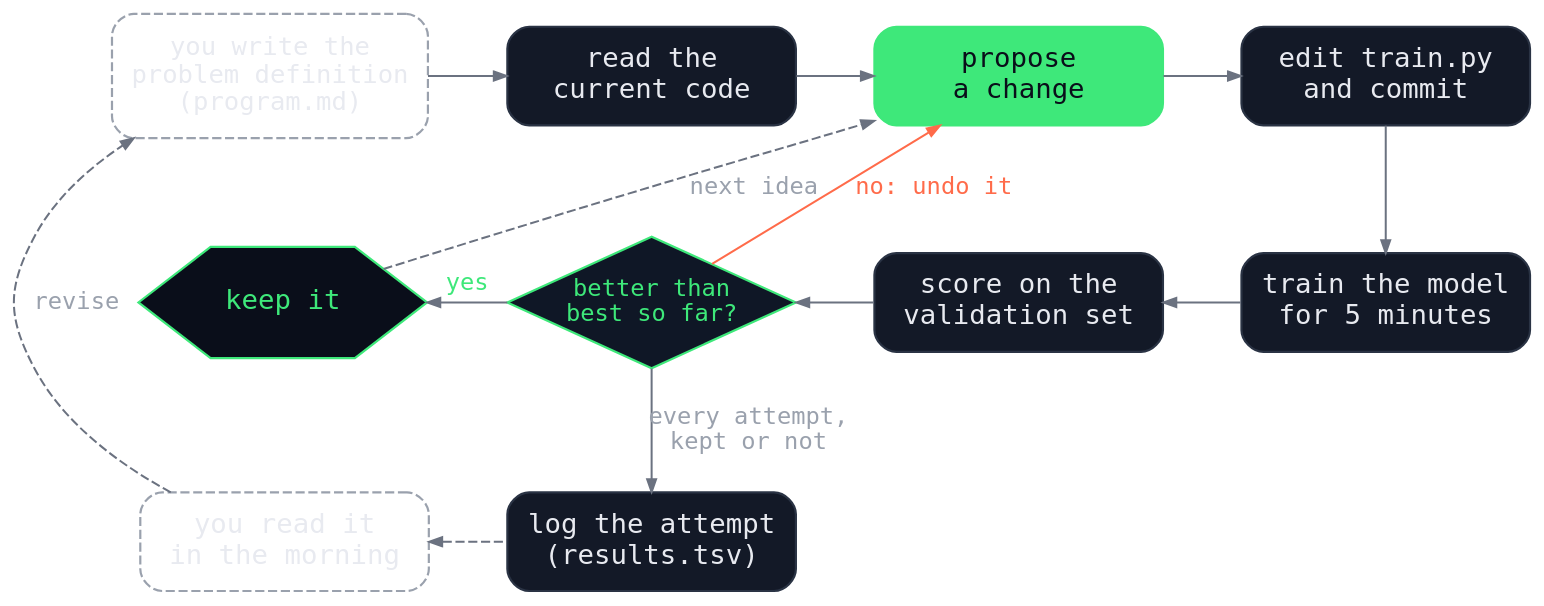
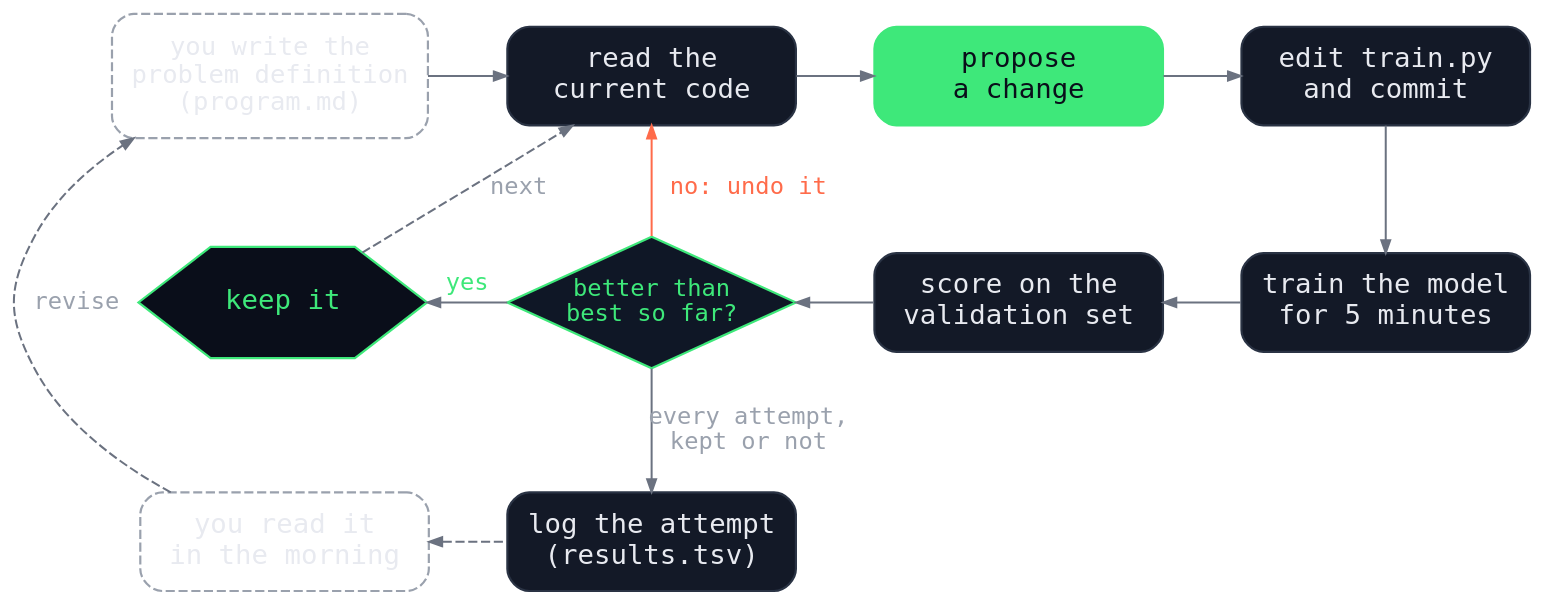
The diagram in src/posts/ai-scientist/autoresearch-loop.dot (marketneutral/marketneutral.github.io), drawn with Graphviz before and after one commit. The commit also changed 2 other files, not shown here.

Commit message:
Return both loop outcomes to reading the current code
Each experiment starts from the current state of train.py, which after an
undo is the previous best, so both arrows go back to that step.

Claude-Session: https://claude.ai/code/session_01Max3RMphtE2c6Ae5fz2Jar

```diff
--- a/src/posts/ai-scientist/autoresearch-loop.dot
+++ b/src/posts/ai-scientist/autoresearch-loop.dot
@@ -1,62 +1,64 @@
 // Source for autoresearch-loop.svg. Re-render with:
 //   dot -Tsvg autoresearch-loop.dot -o autoresearch-loop.svg
-// Deliberately mirrors scientific-method.dot: the same two-row layout, with
-// each step relabelled as the step autoresearch runs in its place, and the
-// hypothesis slot filled in to mark the step handed to the model. A third row
+// Mirrors scientific-method.dot: the same two-row layout, with each step
+// relabelled as the step autoresearch runs in its place, and the hypothesis
+// slot filled in to mark the step handed to the model. Unlike the scientific
+// method, both outcomes return to reading the code, because each experiment
+// starts from the current state of train.py (program.md, loop step 1). A third row
 // adds the log. Every step is the agent's unless it says "you".
 digraph autoresearch {
   rankdir=TB;
   bgcolor="transparent";
   pad=0.25;
   nodesep=0.30;
   ranksep=0.55;
   fontname="IBM Plex Mono, Menlo, DejaVu Sans Mono, monospace";
   node [shape=box, style="rounded,filled", fillcolor="#131927", color="#2a3344",
         fontcolor="#e8eaf0", fontname="IBM Plex Mono, Menlo, DejaVu Sans Mono, monospace",
         fontsize=15, margin="0.10,0.14", penwidth=1.2, width=2.2, height=0.75, fixedsize=true];
   edge [color="#6b7280", arrowsize=0.7, penwidth=1.1,
         fontname="IBM Plex Mono, Menlo, DejaVu Sans Mono, monospace",
         fontsize=13, fontcolor="#9aa1ad"];
 
   PM   [label="you write the\nproblem definition\n(program.md)", style="rounded,dashed", color="#9aa1ad", width=2.4, height=0.95, fontsize=14];
   READ [label="read the\ncurrent code"];
   H    [label="propose\na change", fillcolor="#3ee87a", color="#3ee87a", fontcolor="#0a0e1a"];
   P    [label="edit train.py\nand commit"];
   T    [label="keep it", shape=hexagon, style="filled", fillcolor="#0a0e1a",
         color="#3ee87a", fontcolor="#3ee87a", margin="0.04,0.02", width=2.2, height=0.85, fixedsize=true];
   D    [shape=diamond, style="filled", fillcolor="#0f1726", color="#3ee87a",
         fontcolor="#3ee87a", label="better than\nbest so far?", margin="0.04,0.02", fontsize=13, width=2.2, height=1.0, fixedsize=true];
   R    [label="score on the\nvalidation set"];
   X    [label="train the model\nfor 5 minutes"];
   YOU  [label="you read it\nin the morning", style="rounded,dashed", color="#9aa1ad"];
   LOG  [label="log the attempt\n(results.tsv)"];
 
   { rank=same; PM; READ; H; P; }
   { rank=same; T; D; R; X; }
   { rank=same; YOU; LOG; }
 
   // Flat edges fix left-to-right order within a row: the tail goes left of
   // the head. Rows that read right to left use dir=back.
   // top row, left to right
   PM -> READ;
   READ -> H;
   H -> P;
 
   // carriage return
   P -> X;
 
   // bottom row, right to left
   R -> X [dir=back];
   D -> R [dir=back];
   T -> D [dir=back, label="yes", fontcolor="#3ee87a"];
 
   // feedback
-  T -> H [style=dashed, label="next idea", constraint=false, fontcolor="#9aa1ad"];
-  D -> H [label="no: undo it", constraint=false, color="#ff6b4a", fontcolor="#ff6b4a"];
+  T -> READ [style=dashed, label="next  ", constraint=false, fontcolor="#9aa1ad"];
+  D -> READ [label="  no: undo it", constraint=false, color="#ff6b4a", fontcolor="#ff6b4a"];
 
   // third row: every attempt, kept or not, goes in the log, which you read
   D -> LOG [label="every attempt,\nkept or not"];
   YOU -> LOG [dir=back, style=dashed];
   YOU -> PM [constraint=false, style=dashed, label="revise", fontcolor="#9aa1ad"];
 
 }
```
